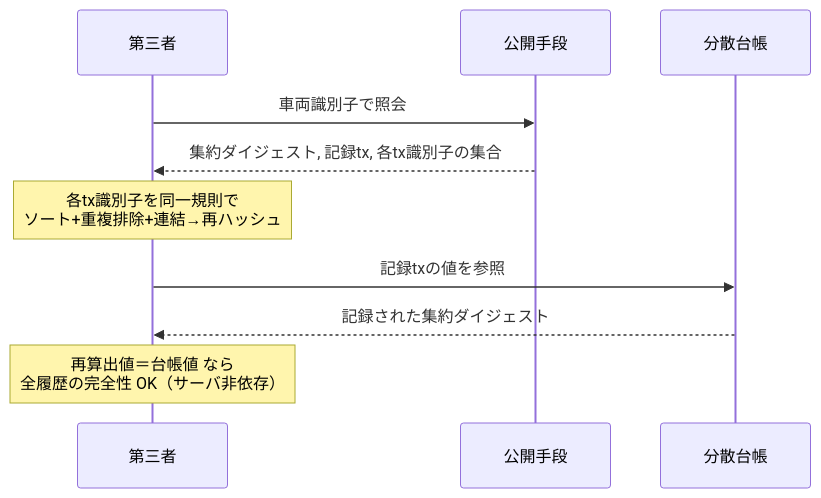
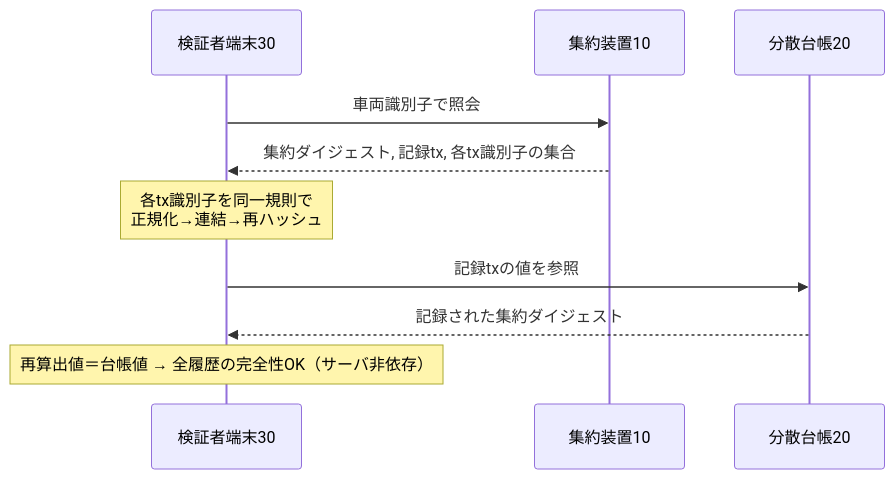
The fourth of 4 diagrams in docs/patents/drafts/明細書-01-メタアンカー.md (holy-auto/Ledra), drawn with Mermaid before and after one commit. The commit also changed other lines of this file and 3 other files, not shown here.

````diff
--- a/docs/patents/drafts/明細書-01-メタアンカー.md
+++ b/docs/patents/drafts/明細書-01-メタアンカー.md
@@ -144,12 +204,12 @@
 ```mermaid
 sequenceDiagram
-    participant V as 第三者
-    participant API as 公開手段
-    participant BC as 分散台帳
-    V->>API: 車両識別子で照会
-    API-->>V: 集約ダイジェスト, 記録tx, 各tx識別子の集合
-    Note over V: 各tx識別子を同一規則で<br/>ソート+重複排除+連結→再ハッシュ
-    V->>BC: 記録txの値を参照
-    BC-->>V: 記録された集約ダイジェスト
-    Note over V: 再算出値＝台帳値 なら<br/>全履歴の完全性 OK（サーバ非依存）
+    participant V as 検証者端末30
+    participant G as 集約装置10
+    participant B as 分散台帳20
+    V->>G: 車両識別子で照会
+    G-->>V: 集約ダイジェスト, 記録tx, 各tx識別子の集合
+    Note over V: 各tx識別子を同一規則で<br/>正規化→連結→再ハッシュ
+    V->>B: 記録txの値を参照
+    B-->>V: 記録された集約ダイジェスト
+    Note over V: 再算出値＝台帳値 → 全履歴の完全性OK（サーバ非依存）
 ```
````
